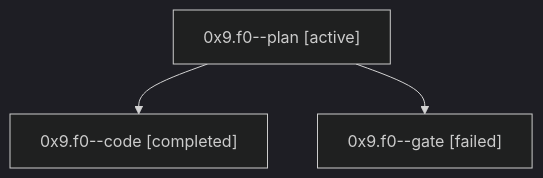
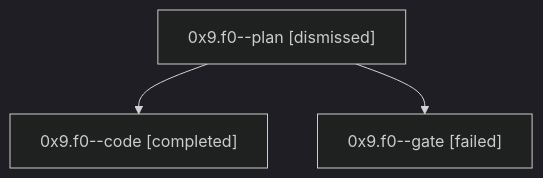
Before and after one commit to bobs-org/bob-cli--agents: the diagram in sessions/bbugyi200.athena.0x9.f0.md, drawn with Mermaid (dark theme). The commit also changed other lines of this file and 25 other files, not shown here.

````diff
--- a/sessions/bbugyi200.athena.0x9.f0.md
+++ b/sessions/bbugyi200.athena.0x9.f0.md
@@ -9,8 +9,8 @@
 ```mermaid
 flowchart TD
-  n0["0x9.f0--plan [active]"]
+  n0["0x9.f0--plan [dismissed]"]
   n1["0x9.f0--code [completed]"]
   n0 --> n1
   n2["0x9.f0--gate [failed]"]
   n0 --> n2
 ```
````
